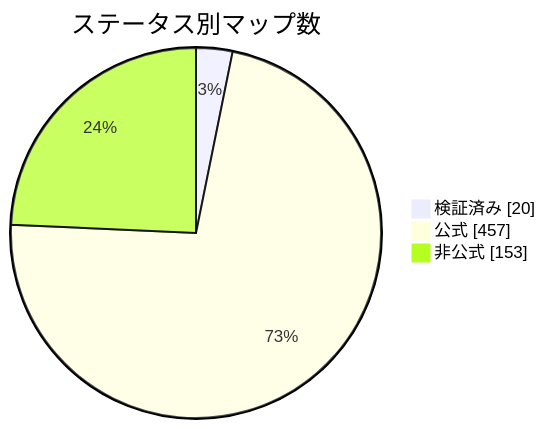
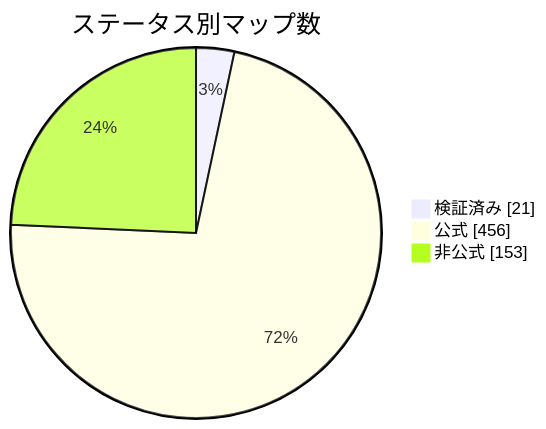
One commit to nobrega8/mbmap-library changed the diagram in docs/readme/README_JP.md. Above: the diagram before and after it, drawn with Mermaid. The commit also changed 6 other files, not shown here.

````diff
--- a/docs/readme/README_JP.md
+++ b/docs/readme/README_JP.md
@@ -54,7 +54,7 @@
 ```mermaid
 pie showData
     title ステータス別マップ数
-    "検証済み" : 20
-    "公式" : 457
+    "検証済み" : 21
+    "公式" : 456
     "非公式" : 153
 ```
````
